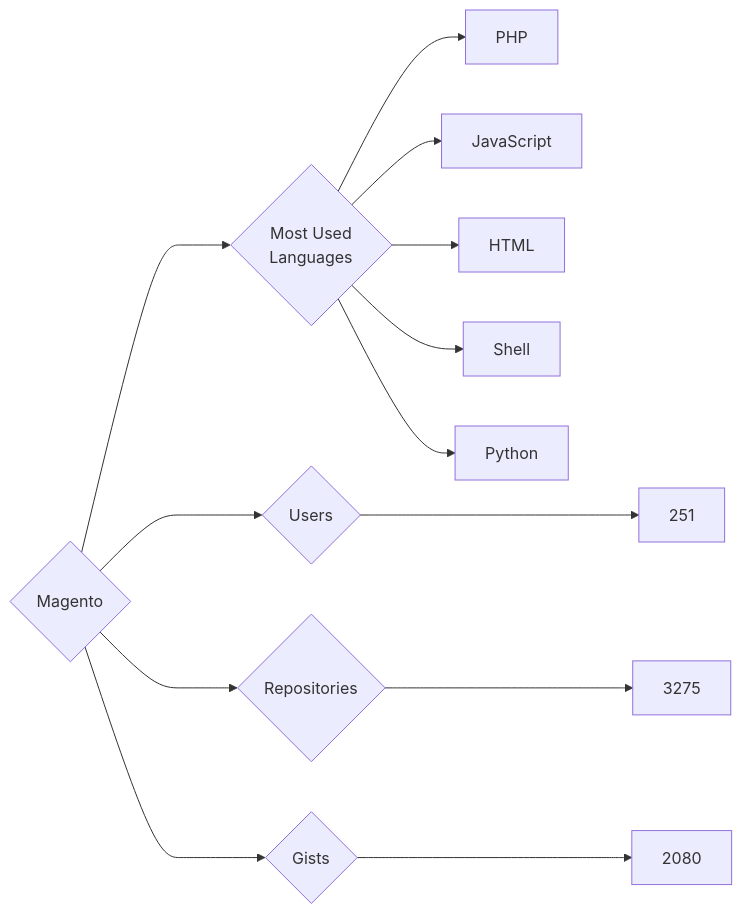
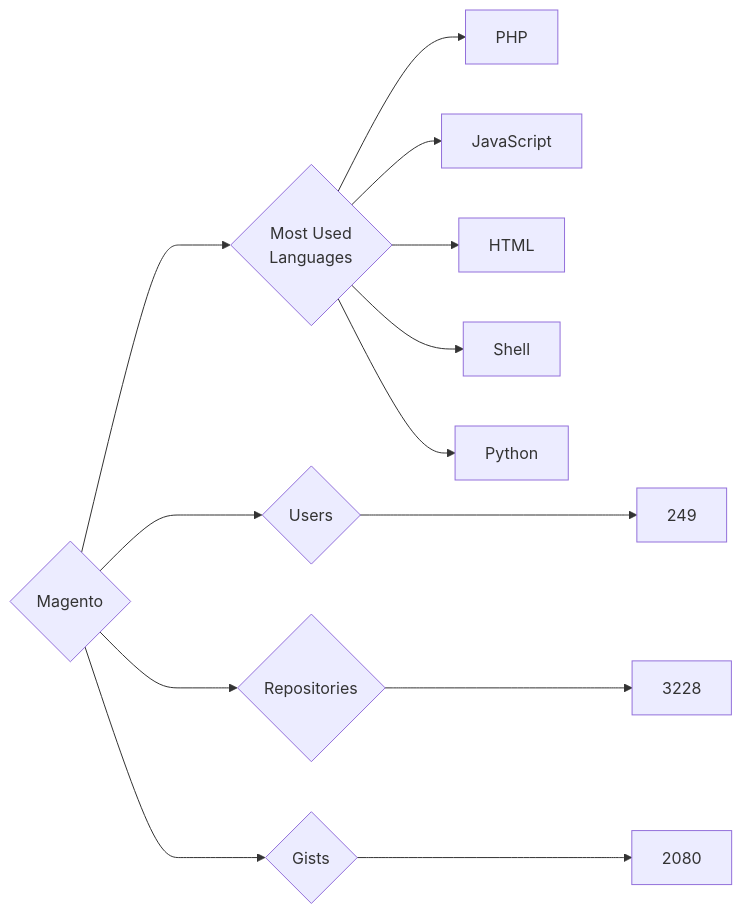
One commit to trickest/insiders changed the diagram in targets/Magento/README.md. Above: the diagram before and after it, drawn with Mermaid. The commit also changed 736 other files, not shown here.

````diff
--- a/targets/Magento/README.md
+++ b/targets/Magento/README.md
@@ -3,13 +3,13 @@
 ```mermaid
 graph LR
 COMPANY_NAME{Magento}
-COMPANY_NAME ---> U{Users} ---> UN[251]
-COMPANY_NAME ---> R{Repositories} ---> RN[3275]
+COMPANY_NAME ---> U{Users} ---> UN[249]
+COMPANY_NAME ---> R{Repositories} ---> RN[3228]
 COMPANY_NAME ---> G{Gists} ---> GN[2080]
 COMPANY_NAME ---> ML{Most Used<br>Languages}
 ML --> PHP[PHP]
 ML --> JavaScript[JavaScript]
 ML --> HTML[HTML]
 ML --> Shell[Shell]
 ML --> Python[Python]
 ```
````
